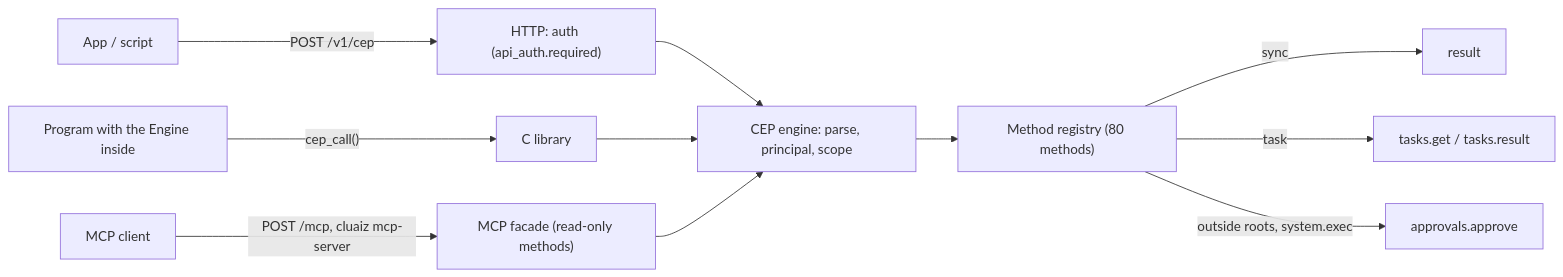
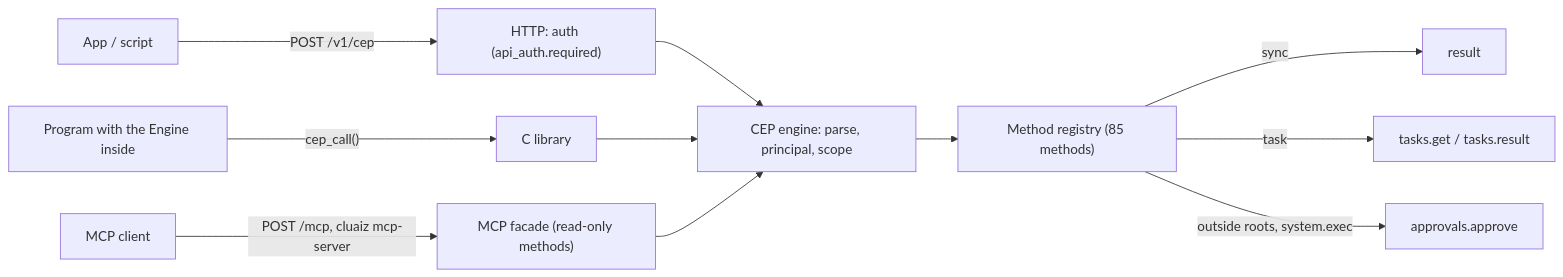
Before and after one commit to cluaiz/cluaiz: the first of 2 diagrams in docs/api/cep/README.md, drawn with Mermaid. The commit also changed other lines of this file and 33 other files, not shown here.

````diff
--- a/docs/api/cep/README.md
+++ b/docs/api/cep/README.md
@@ -23,13 +23,13 @@
 ```mermaid
 flowchart LR
     App["App / script"] -->|"POST /v1/cep"| HTTP["HTTP: auth (api_auth.required)"]
     Lib["Program with the Engine inside"] -->|"cep_call()"| FFI["C library"]
     MCPC["MCP client"] -->|"POST /mcp, cluaiz mcp-server"| MCP["MCP facade (read-only methods)"]
     HTTP --> Engine["CEP engine: parse, principal, scope"]
     FFI --> Engine
     MCP --> Engine
-    Engine --> Registry["Method registry (80 methods)"]
+    Engine --> Registry["Method registry (85 methods)"]
     Registry -->|"sync"| Result["result"]
     Registry -->|"task"| Tasks["tasks.get / tasks.result"]
     Registry -->|"outside roots, system.exec"| Approvals["approvals.approve"]
 ```
````
